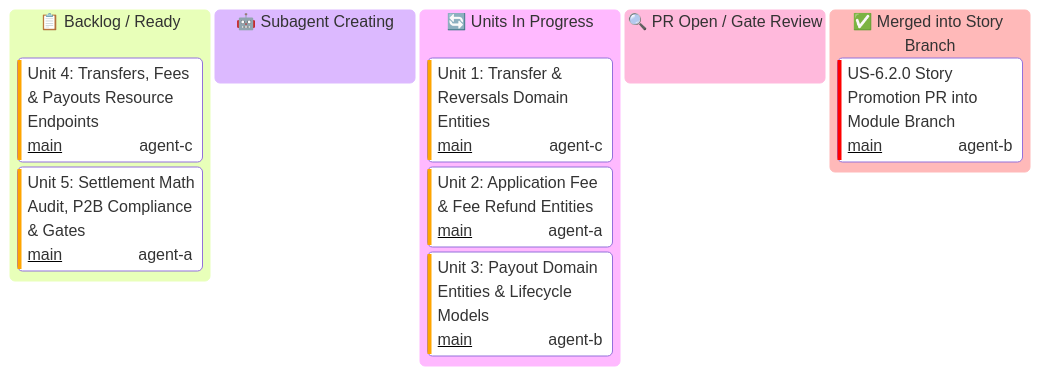
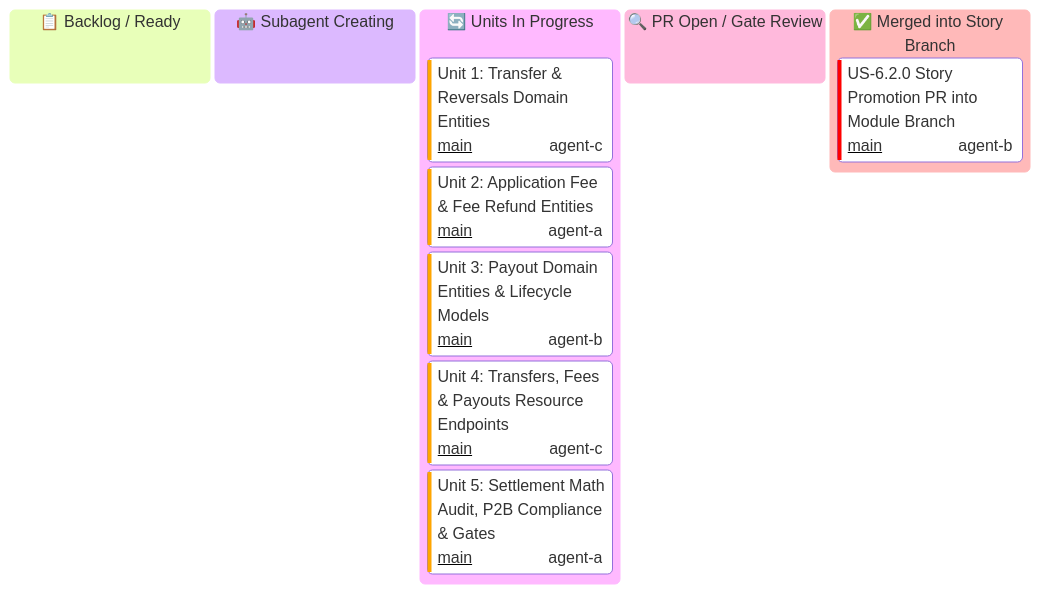
One commit to some-of-cs/some-stripe changed the diagram in docs/user-stories/module-6-connect-and-marketplaces/US-6.2.0-KANBAN.md. Above: the diagram before and after it, drawn with Mermaid. The commit also changed other lines of this file, not shown here.

````diff
--- a/docs/user-stories/module-6-connect-and-marketplaces/US-6.2.0-KANBAN.md
+++ b/docs/user-stories/module-6-connect-and-marketplaces/US-6.2.0-KANBAN.md
@@ -15,19 +15,19 @@
 ```mermaid
 ---
 config:
   kanban:
     ticketBaseUrl: 'https://github.com/some-of-cs/some-stripe/pull/#TICKET#'
 ---
 kanban
   todo[📋 Backlog / Ready]
-    u624[Unit 4: Transfers, Fees & Payouts Resource Endpoints]@{ ticket: 'main', assigned: 'agent-c', priority: 'High' }
-    u625[Unit 5: Settlement Math Audit, P2B Compliance & Gates]@{ ticket: 'main', assigned: 'agent-a', priority: 'High' }
   spawning[🤖 Subagent Creating]
   in_progress[🔄 Units In Progress]
     u621[Unit 1: Transfer & Reversals Domain Entities]@{ ticket: 'main', assigned: 'agent-c', priority: 'High' }
     u622[Unit 2: Application Fee & Fee Refund Entities]@{ ticket: 'main', assigned: 'agent-a', priority: 'High' }
     u623[Unit 3: Payout Domain Entities & Lifecycle Models]@{ ticket: 'main', assigned: 'agent-b', priority: 'High' }
+    u624[Unit 4: Transfers, Fees & Payouts Resource Endpoints]@{ ticket: 'main', assigned: 'agent-c', priority: 'High' }
+    u625[Unit 5: Settlement Math Audit, P2B Compliance & Gates]@{ ticket: 'main', assigned: 'agent-a', priority: 'High' }
   review[🔍 PR Open / Gate Review]
   done[✅ Merged into Story Branch]
     s62_pr[US-6.2.0 Story Promotion PR into Module Branch]@{ ticket: 'main', assigned: 'agent-b', priority: 'Very High' }
 ```
````
